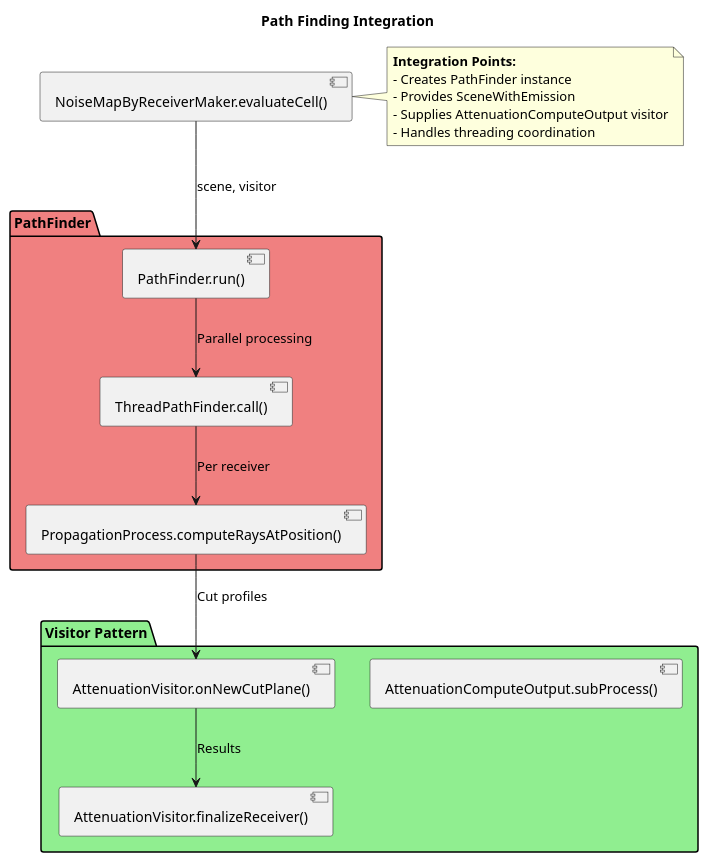
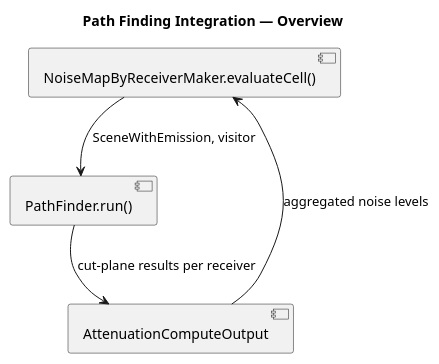
Before and after one commit to jtagusari/NoiseModelling: the fourth of 6 diagrams in Docs-dev/noisemapbyreceivermaker_algorithms.md, drawn with PlantUML. The commit also changed other lines of this file and 22 other files, not shown here.

````diff
--- a/Docs-dev/noisemapbyreceivermaker_algorithms.md
+++ b/Docs-dev/noisemapbyreceivermaker_algorithms.md
@@ -229,36 +232,14 @@
 ```plantuml
 @startuml
-title Path Finding Integration
+title Path Finding Integration — Overview
 
-[NoiseMapByReceiverMaker.evaluateCell()] as nm
+[NoiseMapByReceiverMaker.evaluateCell()] as eval
+[PathFinder.run()] as finder
+[AttenuationComputeOutput] as atten
 
-package "PathFinder" #LightCoral {
-  [PathFinder.run()]
-  [ThreadPathFinder.call()]
-  [PropagationProcess.computeRaysAtPosition()]
-}
-
-package "Visitor Pattern" #LightGreen {
-  [AttenuationComputeOutput.subProcess()]
-  [AttenuationVisitor.onNewCutPlane()]
-  [AttenuationVisitor.finalizeReceiver()]
-}
-
-nm --> [PathFinder.run()] : scene, visitor
-
-[PathFinder.run()] --> [ThreadPathFinder.call()] : Parallel processing
-[ThreadPathFinder.call()] --> [PropagationProcess.computeRaysAtPosition()] : Per receiver
-
-[PropagationProcess.computeRaysAtPosition()] --> [AttenuationVisitor.onNewCutPlane()] : Cut profiles
-[AttenuationVisitor.onNewCutPlane()] --> [AttenuationVisitor.finalizeReceiver()] : Results
-
-note right of nm
-  **Integration Points:**
-  - Creates PathFinder instance
-  - Provides SceneWithEmission
-  - Supplies AttenuationComputeOutput visitor
-  - Handles threading coordination
-end note
+eval --> finder : SceneWithEmission, visitor
+finder --> atten : cut-plane results per receiver
+atten --> eval : aggregated noise levels
 
 @enduml
 ```
````
